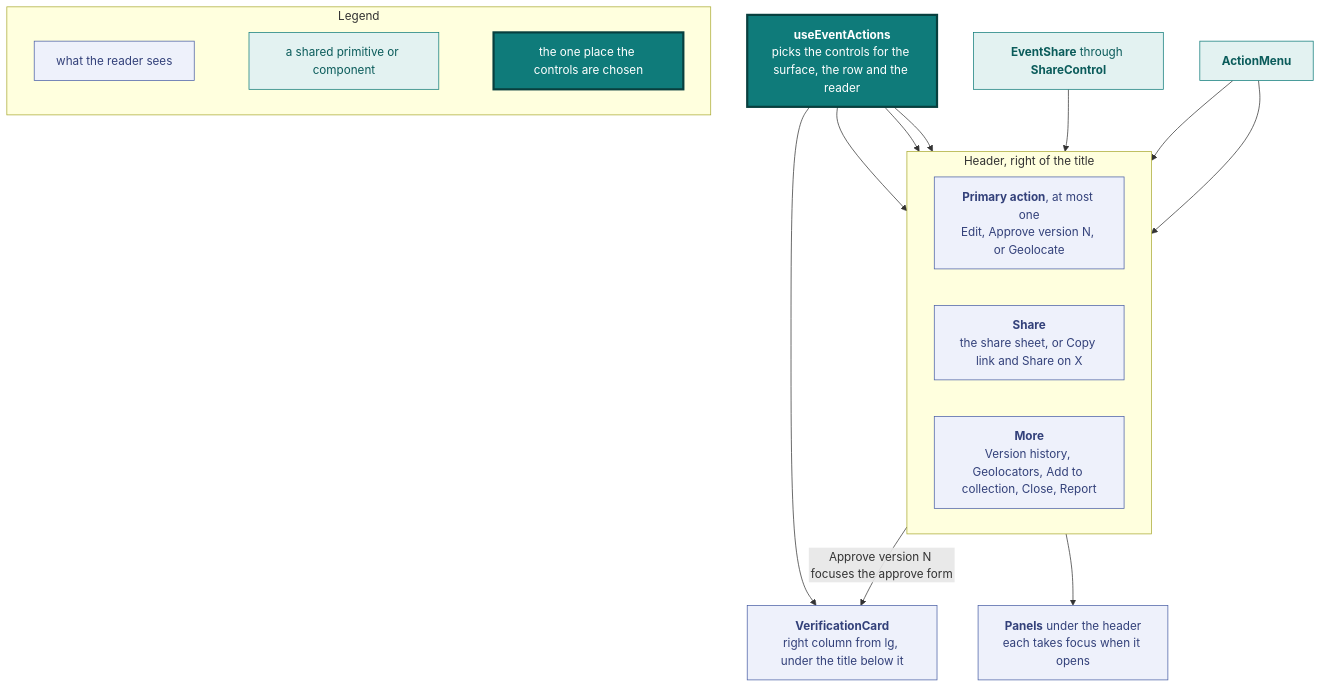
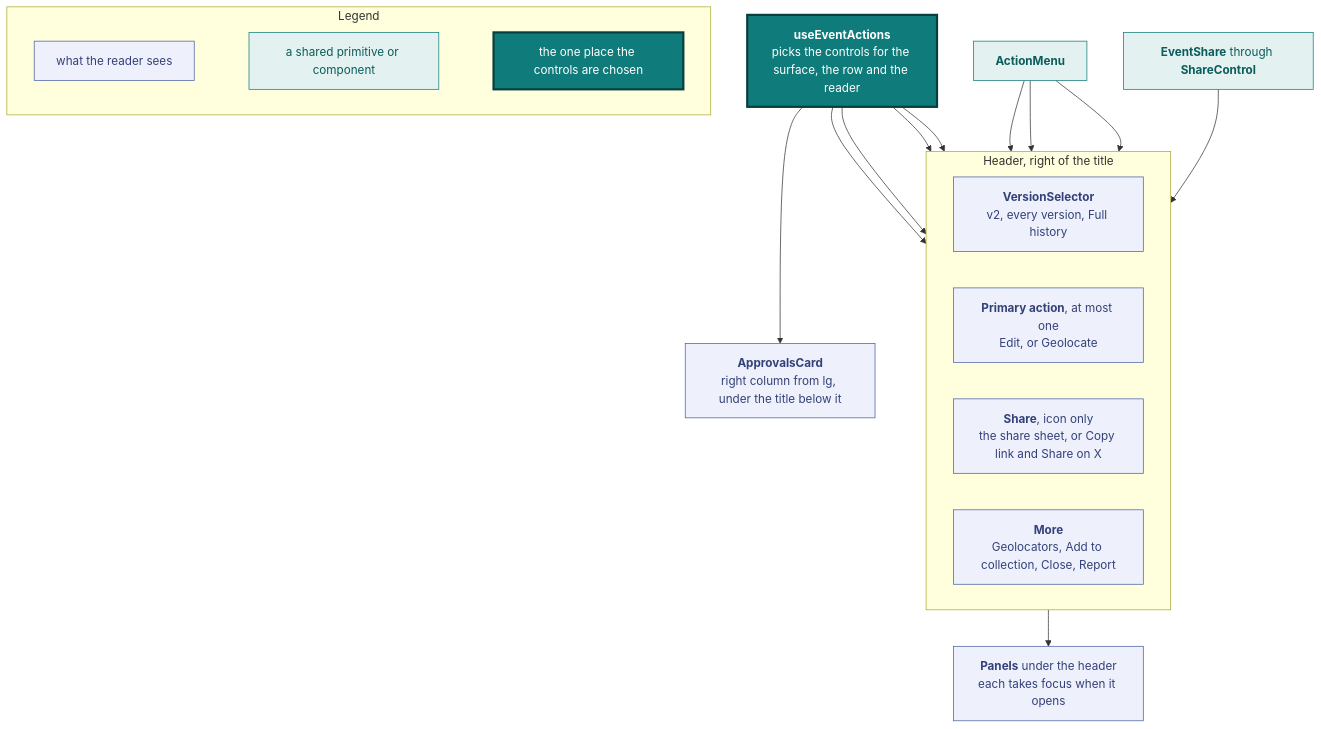
One commit to vidithq/vidit changed the fourth of 9 diagrams in docs/design.md. Above: the diagram before and after it, drawn with Mermaid. The commit also changed other lines of this file and 21 other files, not shown here.

First line of the commit message:
feat: version selector, icon share and a collapsed Approvals card

````diff
--- a/docs/design.md
+++ b/docs/design.md
@@ -452,44 +452,47 @@
 ```mermaid
 flowchart TB
   classDef spec fill:#eef1fb,stroke:#4a5fa5,color:#33417a
   classDef shared fill:#e3f2f1,stroke:#0f7b7a,color:#0b5c5b
   classDef core fill:#0f7b7a,stroke:#083f3e,stroke-width:3px,color:#ffffff
 
   subgraph legend [Legend]
     direction LR
     l1["`what the reader sees`"]:::spec
     l2["`a shared primitive or component`"]:::shared
     l3["`the one place the controls are chosen`"]:::core
     l1 ~~~ l2 ~~~ l3
   end
 
   hook["`**useEventActions**
   picks the controls for the surface, the row and the reader`"]:::core
 
   subgraph header [Header, right of the title]
     direction LR
+    versions["`**VersionSelector**
+    v2, every version, Full history`"]:::spec
     primary["`**Primary action**, at most one
-    Edit, Approve version N, or Geolocate`"]:::spec
-    share["`**Share**
+    Edit, or Geolocate`"]:::spec
+    share["`**Share**, icon only
     the share sheet, or Copy link and Share on X`"]:::spec
     more["`**More**
-    Version history, Geolocators, Add to collection, Close, Report`"]:::spec
+    Geolocators, Add to collection, Close, Report`"]:::spec
   end
 
   menu["`**ActionMenu**`"]:::shared
   sharectl["`**EventShare** through **ShareControl**`"]:::shared
   panels["`**Panels** under the header
   each takes focus when it opens`"]:::spec
-  card["`**VerificationCard**
+  card["`**ApprovalsCard**
   right column from lg, under the title below it`"]:::spec
 
+  hook --> versions
   hook --> primary
   hook --> share
   hook --> more
   hook --> card
-  sharectl --> share
+  menu --> versions
   menu --> share
   menu --> more
+  sharectl --> share
   more --> panels
-  primary -->|"Approve version N focuses the approve form"| card
 ```
````
